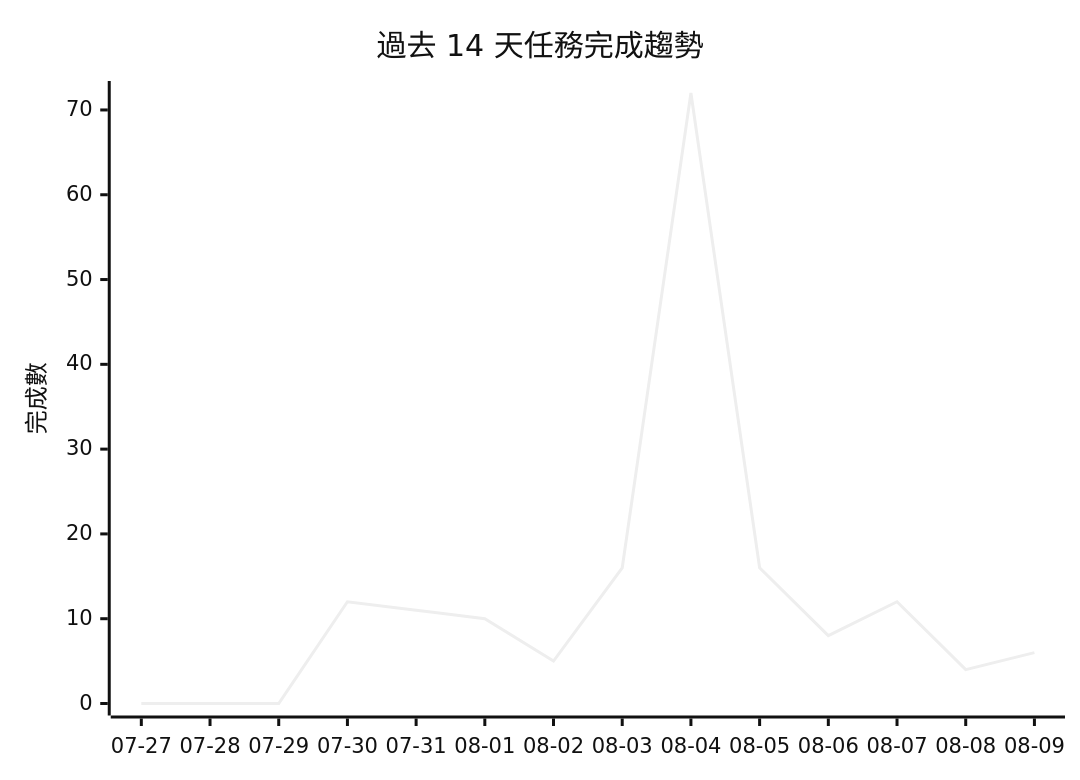
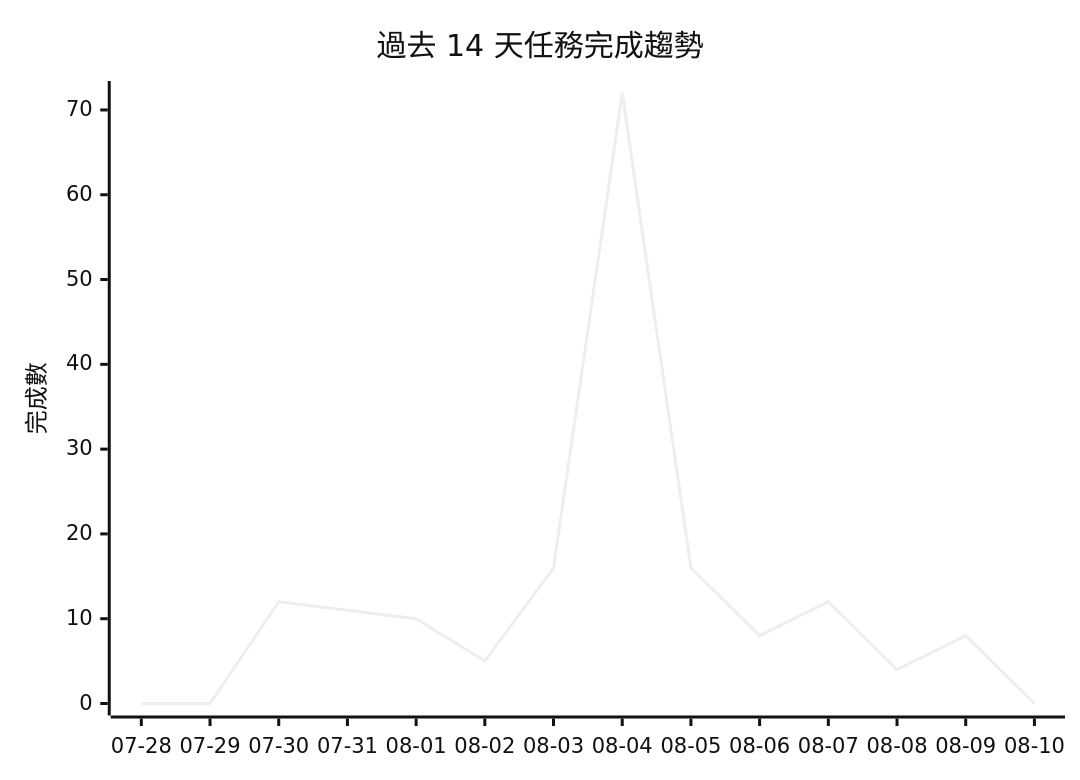
Before and after one commit to gentoobreaking/ai-tasks: the diagram in PROJECTS.md, drawn with Mermaid (neutral theme). The commit also changed other lines of this file and 61 other files, not shown here.

````diff
--- a/PROJECTS.md
+++ b/PROJECTS.md
@@ -179,7 +179,7 @@
 ```mermaid
 xychart-beta
     title "過去 14 天任務完成趨勢"
-    x-axis ["07-27", "07-28", "07-29", "07-30", "07-31", "08-01", "08-02", "08-03", "08-04", "08-05", "08-06", "08-07", "08-08", "08-09"]
+    x-axis ["07-28", "07-29", "07-30", "07-31", "08-01", "08-02", "08-03", "08-04", "08-05", "08-06", "08-07", "08-08", "08-09", "08-10"]
     y-axis "完成數" 0 --> 72
-    line [0, 0, 0, 12, 11, 10, 5, 16, 72, 16, 8, 12, 4, 6]
+    line [0, 0, 12, 11, 10, 5, 16, 72, 16, 8, 12, 4, 8, 0]
 ```
````
